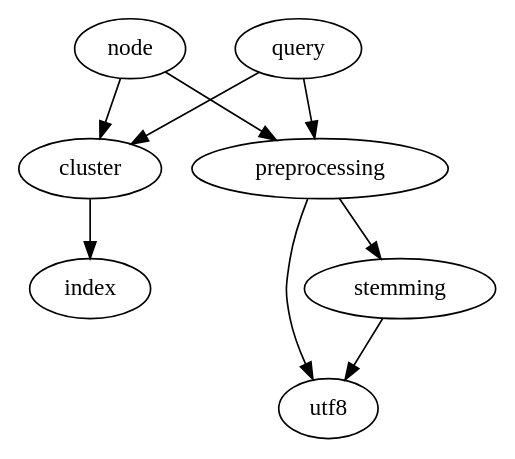
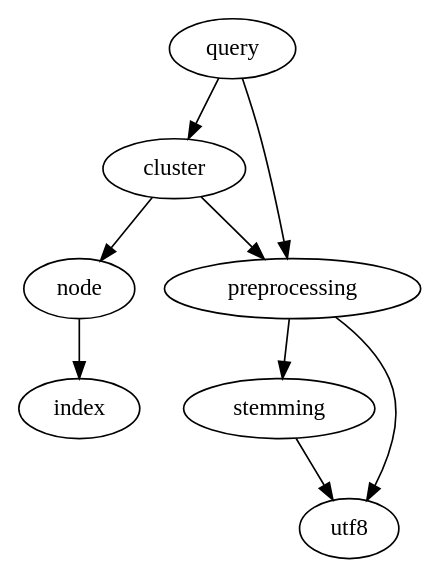
One commit to moretea/doko changed the diagram in doc/apps-dependencies.dot. Above: the diagram before and after it, drawn with Graphviz. The commit also changed 4 other files, not shown here.

```diff
--- a/doc/apps-dependencies.dot
+++ b/doc/apps-dependencies.dot
@@ -1,10 +1,10 @@
 digraph g {
-        cluster -> index;
-        "node" -> cluster;
-        "node" -> preprocessing;
+        cluster -> "node";
+        cluster -> preprocessing;
+        "node" -> index;
         preprocessing -> stemming;
         preprocessing -> utf8;
         query -> cluster;
         query -> preprocessing;
         stemming -> utf8;
 }
```
